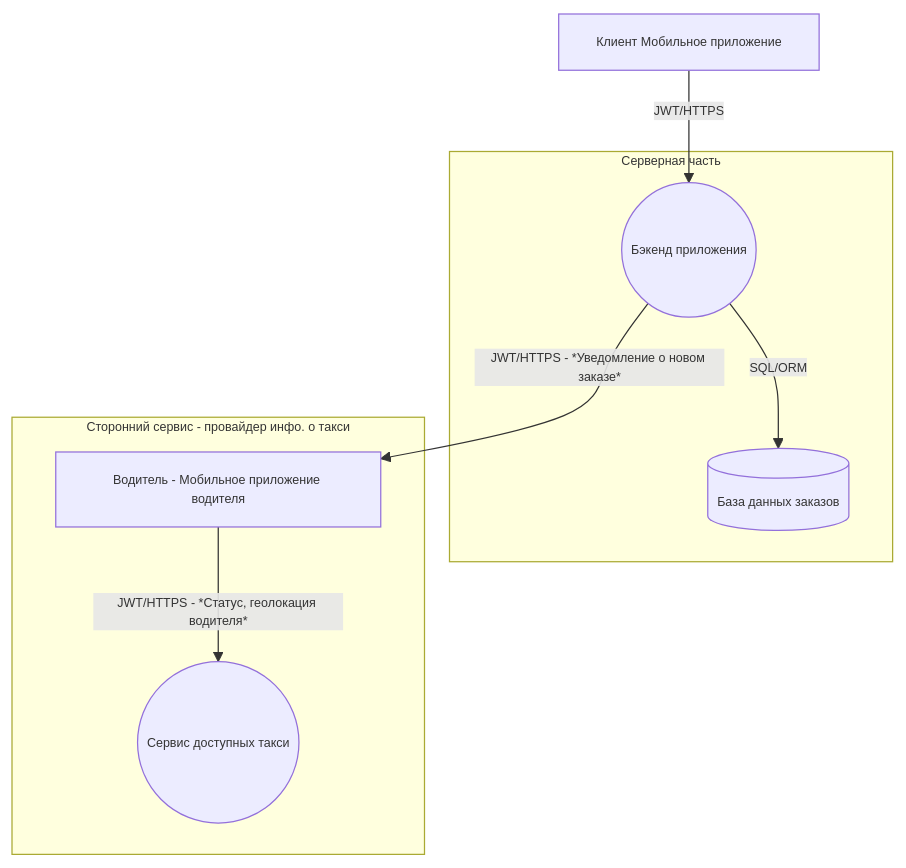
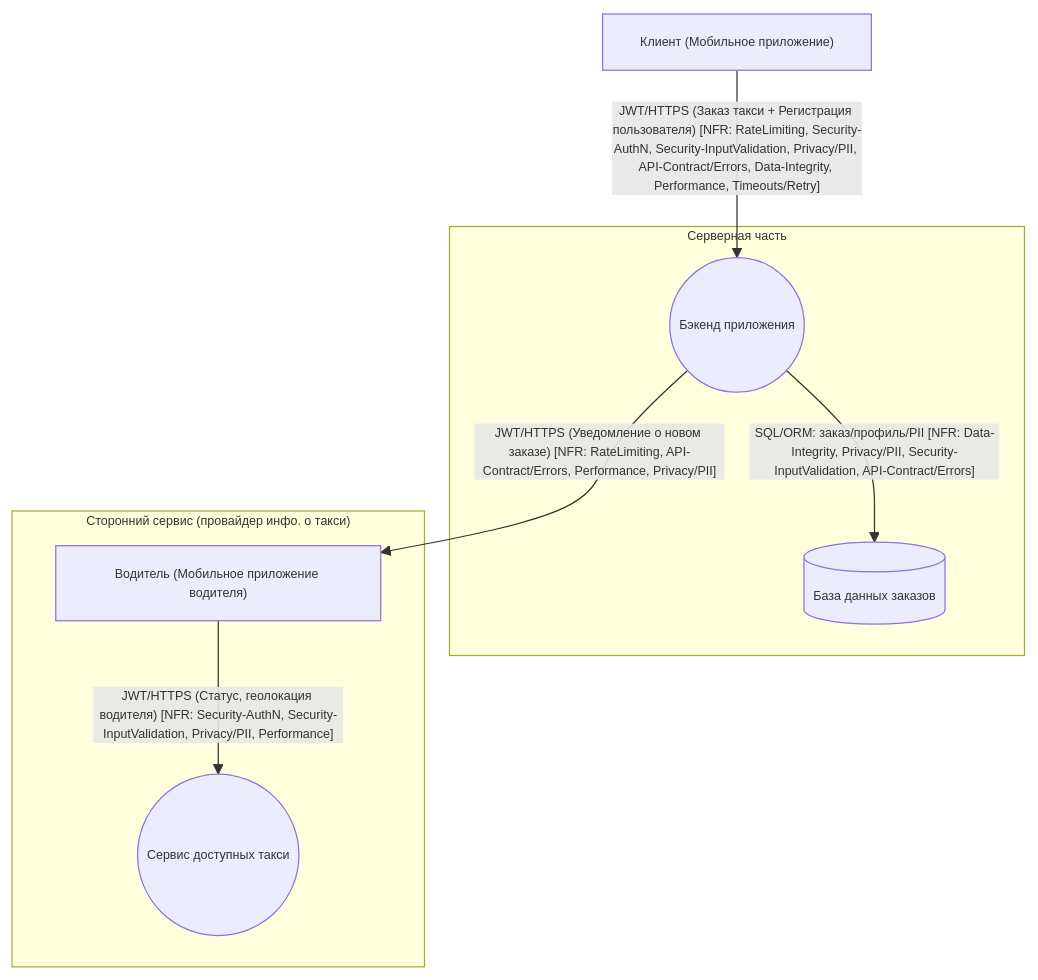
The diagram in SEMINARS/S04/TM.md (abrosov-sergey/secdev-lite-template-abrosov), drawn with Mermaid before and after one commit.

Commit message:
Mermaid fix

````diff
--- a/SEMINARS/S04/TM.md
+++ b/SEMINARS/S04/TM.md
@@ -1,33 +1,32 @@
 ```mermaid
 
 flowchart TD
 %%{init: {'themeVariables': {'fontSize':'10px'}, 'flowchart': {'nodeSpacing': 50, 'rankSpacing': 50}} }%%
     %% DFD диаграмма приложения такси (5 узлов)
     %% Бэкенд и база данных объединены в один серверный блок
 
     %% Внешние сущности
-    A[Клиент Мобильное приложение]
+    A["Клиент (Мобильное приложение)"]
 
     %% Контейнер серверной части
     subgraph S[Серверная часть]
         P1((Бэкенд приложения))
         D[(База данных заказов)]
     end
 
     %% Вспомогательные сервисы
-    subgraph P[Сторонний сервис - провайдер инфо. о такси]
+    subgraph P["Сторонний сервис (провайдер инфо. о такси)"]
         P3((Сервис доступных такси))
-        B[Водитель - Мобильное приложение водителя]
+        B["Водитель (Мобильное приложение водителя)"]
     end
 
     %% Потоки данных
-    A -->|JWT/HTTPS| P1
+    A -->|"JWT/HTTPS (Заказ такси + Регистрация пользователя) [NFR: RateLimiting, Security-AuthN, Security-InputValidation, Privacy/PII, API-Contract/Errors, Data-Integrity, Performance, Timeouts/Retry]"| P1
 
     %% Потоки к базе данных (внутри сервера)
-    P1 -->|SQL/ORM| D
+    P1 -->|"SQL/ORM: заказ/профиль/PII [NFR: Data-Integrity, Privacy/PII, Security-InputValidation, API-Contract/Errors]"| D
 
     %% Водительские взаимодействия
-    B -->|JWT/HTTPS - *Статус, геолокация водителя*| P3
-    P1 -->|JWT/HTTPS - *Уведомление о новом заказе*| B
-
+    B -->|"JWT/HTTPS (Статус, геолокация водителя) [NFR: Security-AuthN, Security-InputValidation, Privacy/PII, Performance]"| P3
+    P1 -->|"JWT/HTTPS (Уведомление о новом заказе) [NFR: RateLimiting, API-Contract/Errors, Performance, Privacy/PII]"| B
 ```
````
